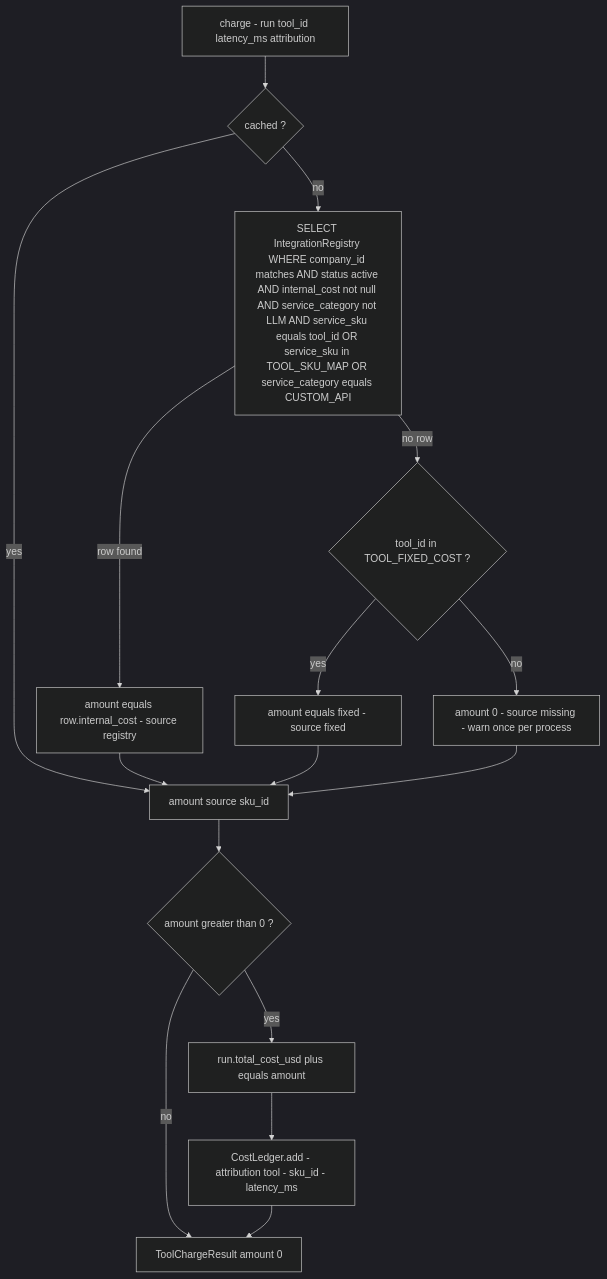
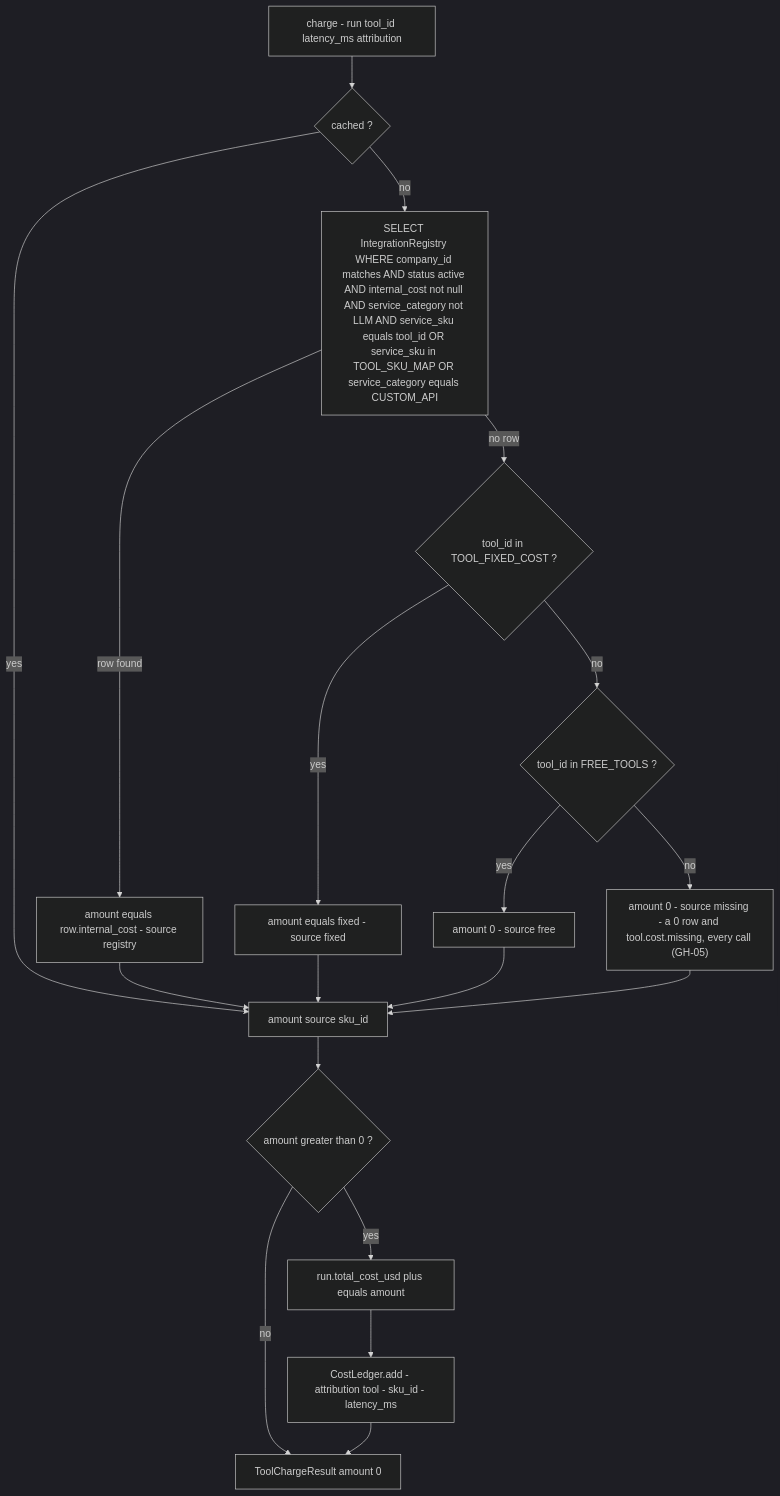
One commit to gondolerahul/hire-buddha-app changed diagram 21 of 23 in docs/current/09-tools.md. Above: the diagram before and after it, drawn with Mermaid (dark theme). The commit also changed other lines of this file and 9 other files, not shown here.

````diff
--- a/docs/current/09-tools.md
+++ b/docs/current/09-tools.md
@@ -1739,18 +1739,21 @@
 ```mermaid
 flowchart TD
     START["charge - run tool_id latency_ms attribution"] --> C{"cached ?"}
     C -->|yes| AMT["amount source sku_id"]
     C -->|no| Q1["SELECT IntegrationRegistry WHERE company_id matches AND status active AND internal_cost not null AND service_category not LLM AND service_sku equals tool_id OR service_sku in TOOL_SKU_MAP OR service_category equals CUSTOM_API"]
     Q1 -->|row found| R1["amount equals row.internal_cost - source registry"]
     Q1 -->|no row| F{"tool_id in TOOL_FIXED_COST ?"}
     F -->|yes| R2["amount equals fixed - source fixed"]
-    F -->|no| R3["amount 0 - source missing - warn once per process"]
+    F -->|no| FR{"tool_id in FREE_TOOLS ?"}
+    FR -->|yes| R4["amount 0 - source free"]
+    FR -->|no| R3["amount 0 - source missing - a 0 row and tool.cost.missing, every call (GH-05)"]
+    R4 --> AMT
     R1 --> AMT
     R2 --> AMT
     R3 --> AMT
     AMT --> Z{"amount greater than 0 ?"}
     Z -->|no| END["ToolChargeResult amount 0"]
     Z -->|yes| B1["run.total_cost_usd plus equals amount"]
     B1 --> B2["CostLedger.add - attribution tool - sku_id - latency_ms"]
     B2 --> END
 ```
````
